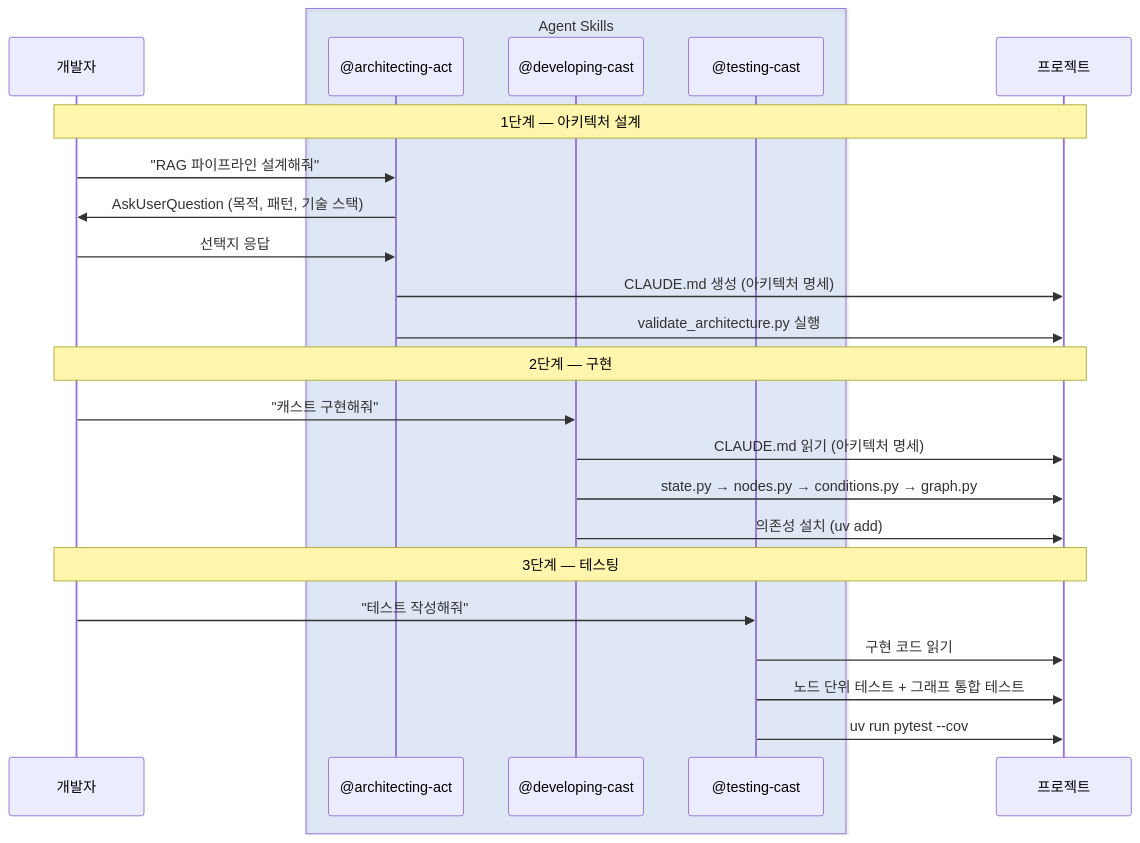
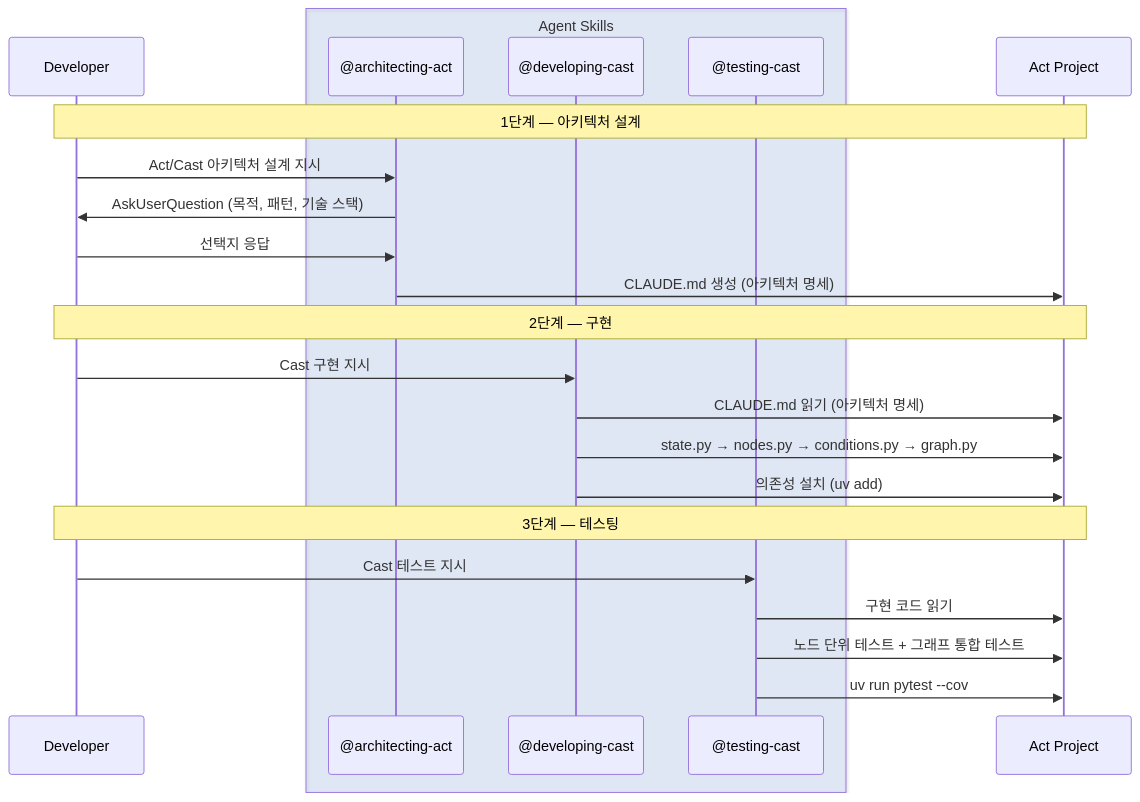
The third of 3 diagrams in README_KR.md (Proact0/act-operator), drawn with Mermaid before and after one commit. The commit also changed 1 other file, not shown here.

Commit message:
docs: update participant labels in sequence diagrams of README for consistency and clarity

````diff
--- a/README_KR.md
+++ b/README_KR.md
@@ -224,29 +224,28 @@
 ```mermaid
 sequenceDiagram
-    participant U as 개발자
+    participant U as Developer
     box rgba(100, 149, 237, 0.15) Agent Skills
         participant AA as @architecting-act
         participant DC as @developing-cast
         participant TC as @testing-cast
     end
-    participant P as 프로젝트
+    participant P as Act Project
 
     Note over U,P: 1단계 — 아키텍처 설계
-    U->>AA: "RAG 파이프라인 설계해줘"
+    U->>AA: Act/Cast 아키텍처 설계 지시
     AA->>U: AskUserQuestion (목적, 패턴, 기술 스택)
     U->>AA: 선택지 응답
     AA->>P: CLAUDE.md 생성 (아키텍처 명세)
-    AA->>P: validate_architecture.py 실행
 
     Note over U,P: 2단계 — 구현
-    U->>DC: "캐스트 구현해줘"
+    U->>DC: Cast 구현 지시
     DC->>P: CLAUDE.md 읽기 (아키텍처 명세)
     DC->>P: state.py → nodes.py → conditions.py → graph.py
     DC->>P: 의존성 설치 (uv add)
 
     Note over U,P: 3단계 — 테스팅
-    U->>TC: "테스트 작성해줘"
+    U->>TC: Cast 테스트 지시
     TC->>P: 구현 코드 읽기
     TC->>P: 노드 단위 테스트 + 그래프 통합 테스트
     TC->>P: uv run pytest --cov
 ```
````
